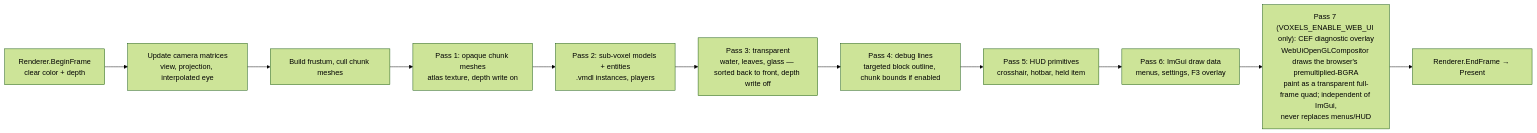
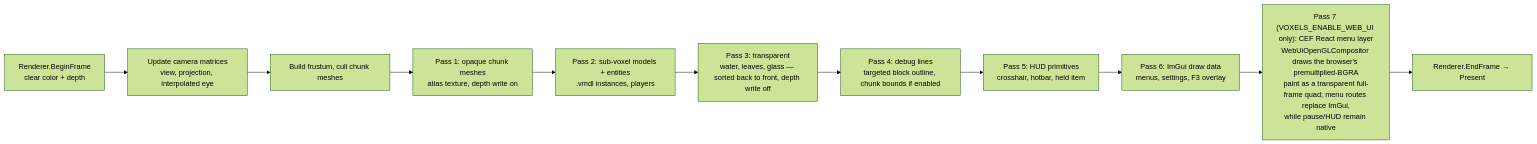
The sixth of 16 diagrams in DIAGRAMS.md (GoGurtPrime/voxels), drawn with Mermaid (forest theme) before and after one commit. The commit also changed other lines of this file and 10 other files, not shown here.

````diff
--- a/DIAGRAMS.md
+++ b/DIAGRAMS.md
@@ -277,13 +277,13 @@
 ```mermaid
 flowchart LR
     BEGIN["Renderer.BeginFrame<br/>clear color + depth"] --> CAMU["Update camera matrices<br/>view, projection, interpolated eye"]
     CAMU --> FRUS["Build frustum, cull chunk meshes"]
     FRUS --> OPAQUE["Pass 1: opaque chunk meshes<br/>atlas texture, depth write on"]
     OPAQUE --> MODELS["Pass 2: sub-voxel models + entities<br/>.vmdl instances, players"]
     MODELS --> WATER["Pass 3: transparent<br/>water, leaves, glass — sorted back to front, depth write off"]
     WATER --> DEBUG["Pass 4: debug lines<br/>targeted block outline, chunk bounds if enabled"]
     DEBUG --> HUD["Pass 5: HUD primitives<br/>crosshair, hotbar, held item"]
     HUD --> IMGUI["Pass 6: ImGui draw data<br/>menus, settings, F3 overlay"]
-    IMGUI --> WEBUI["Pass 7 (VOXELS_ENABLE_WEB_UI only): CEF diagnostic overlay<br/>WebUiOpenGLCompositor draws the browser's premultiplied-BGRA<br/>paint as a transparent full-frame quad; independent of ImGui,<br/>never replaces menus/HUD"]
+    IMGUI --> WEBUI["Pass 7 (VOXELS_ENABLE_WEB_UI only): CEF React menu layer<br/>WebUiOpenGLCompositor draws the browser's premultiplied-BGRA<br/>paint as a transparent full-frame quad; menu routes replace ImGui,<br/>while pause/HUD remain native"]
     WEBUI --> PRES["Renderer.EndFrame → Present"]
 ```
````
